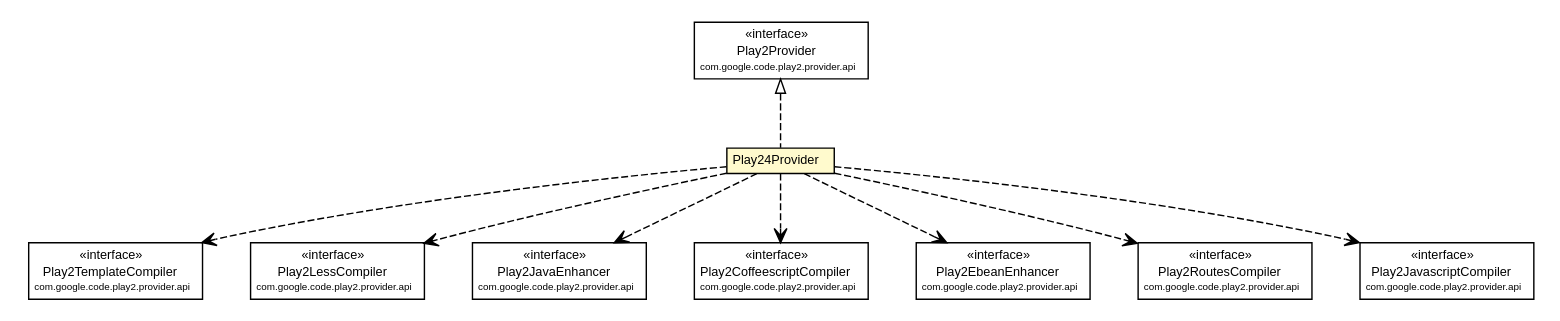
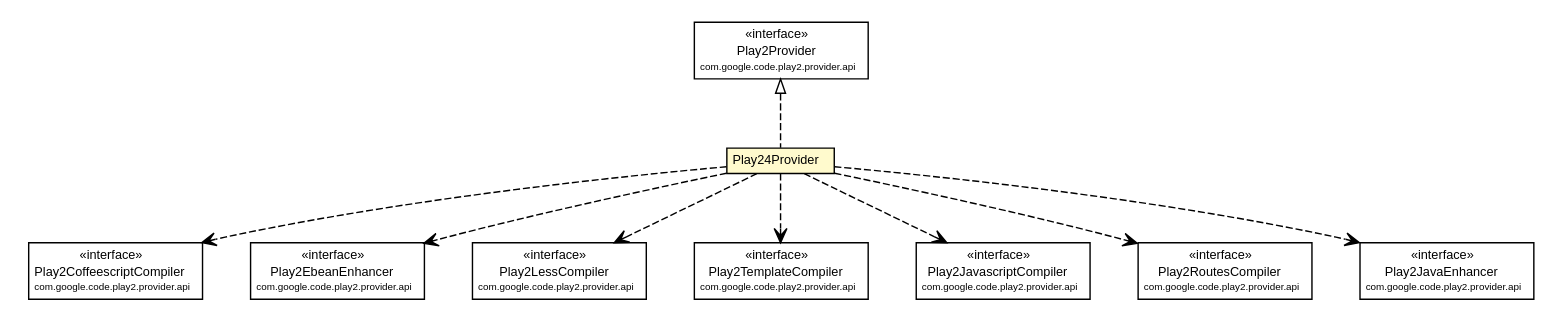
The diagram in mavensite/1.0.0-beta2-SNAPSHOT/play2-providers/play2-provider-play24/apidocs/com/google/code/play2/provider/play24/Play24Provider.dot (wouterhardeman/play2-maven-plugin), drawn with Graphviz before and after one commit. The commit also changed 240 other files, not shown here.

```diff
--- a/mavensite/1.0.0-beta2-SNAPSHOT/play2-providers/play2-provider-play24/apidocs/com/google/code/play2/provider/play24/Play24Provider.dot
+++ b/mavensite/1.0.0-beta2-SNAPSHOT/play2-providers/play2-provider-play24/apidocs/com/google/code/play2/provider/play24/Play24Provider.dot
@@ -1,98 +1,98 @@
 #!/usr/local/bin/dot
 #
 # Class diagram 
 # Generated by UMLGraph version R5_6-24-gf6e263 (http://www.umlgraph.org/)
 #
 
 digraph G {
 	edge [fontname="arial",fontsize=10,labelfontname="arial",labelfontsize=10];
 	node [fontname="arial",fontsize=10,shape=plaintext];
 	nodesep=0.25;
 	ranksep=0.5;
 	// com.google.code.play2.provider.play24.Play24Provider
 	c178 [label=<<table title="com.google.code.play2.provider.play24.Play24Provider" border="0" cellborder="1" cellspacing="0" cellpadding="2" port="p" bgcolor="lemonChiffon" href="./Play24Provider.html">
 		<tr><td><table border="0" cellspacing="0" cellpadding="1">
 <tr><td align="center" balign="center"> Play24Provider </td></tr>
 		</table></td></tr>
 		</table>>, URL="./Play24Provider.html", fontname="arial", fontcolor="black", fontsize=9.0];
 	//com.google.code.play2.provider.play24.Play24Provider implements com.google.code.play2.provider.api.Play2Provider
 	c187:p -> c178:p [dir=back,arrowtail=empty,style=dashed];
+	// com.google.code.play2.provider.play24.Play24Provider DEPEND com.google.code.play2.provider.api.Play2CoffeescriptCompiler
+	c178:p -> c188:p [taillabel="", label="", headlabel="", fontname="arial", fontcolor="black", fontsize=10.0, color="black", arrowhead=open, style=dashed];
+	// com.google.code.play2.provider.play24.Play24Provider DEPEND com.google.code.play2.provider.api.Play2EbeanEnhancer
+	c178:p -> c189:p [taillabel="", label="", headlabel="", fontname="arial", fontcolor="black", fontsize=10.0, color="black", arrowhead=open, style=dashed];
+	// com.google.code.play2.provider.play24.Play24Provider DEPEND com.google.code.play2.provider.api.Play2LessCompiler
+	c178:p -> c190:p [taillabel="", label="", headlabel="", fontname="arial", fontcolor="black", fontsize=10.0, color="black", arrowhead=open, style=dashed];
 	// com.google.code.play2.provider.play24.Play24Provider DEPEND com.google.code.play2.provider.api.Play2TemplateCompiler
-	c178:p -> c188:p [taillabel="", label="", headlabel="", fontname="arial", fontcolor="black", fontsize=10.0, color="black", arrowhead=open, style=dashed];
-	// com.google.code.play2.provider.play24.Play24Provider DEPEND com.google.code.play2.provider.api.Play2LessCompiler
-	c178:p -> c189:p [taillabel="", label="", headlabel="", fontname="arial", fontcolor="black", fontsize=10.0, color="black", arrowhead=open, style=dashed];
-	// com.google.code.play2.provider.play24.Play24Provider DEPEND com.google.code.play2.provider.api.Play2JavaEnhancer
-	c178:p -> c190:p [taillabel="", label="", headlabel="", fontname="arial", fontcolor="black", fontsize=10.0, color="black", arrowhead=open, style=dashed];
-	// com.google.code.play2.provider.play24.Play24Provider DEPEND com.google.code.play2.provider.api.Play2CoffeescriptCompiler
 	c178:p -> c191:p [taillabel="", label="", headlabel="", fontname="arial", fontcolor="black", fontsize=10.0, color="black", arrowhead=open, style=dashed];
-	// com.google.code.play2.provider.play24.Play24Provider DEPEND com.google.code.play2.provider.api.Play2EbeanEnhancer
+	// com.google.code.play2.provider.play24.Play24Provider DEPEND com.google.code.play2.provider.api.Play2JavascriptCompiler
 	c178:p -> c192:p [taillabel="", label="", headlabel="", fontname="arial", fontcolor="black", fontsize=10.0, color="black", arrowhead=open, style=dashed];
 	// com.google.code.play2.provider.play24.Play24Provider DEPEND com.google.code.play2.provider.api.Play2RoutesCompiler
 	c178:p -> c193:p [taillabel="", label="", headlabel="", fontname="arial", fontcolor="black", fontsize=10.0, color="black", arrowhead=open, style=dashed];
-	// com.google.code.play2.provider.play24.Play24Provider DEPEND com.google.code.play2.provider.api.Play2JavascriptCompiler
+	// com.google.code.play2.provider.play24.Play24Provider DEPEND com.google.code.play2.provider.api.Play2JavaEnhancer
 	c178:p -> c194:p [taillabel="", label="", headlabel="", fontname="arial", fontcolor="black", fontsize=10.0, color="black", arrowhead=open, style=dashed];
+	// com.google.code.play2.provider.api.Play2EbeanEnhancer
+	c189 [label=<<table title="com.google.code.play2.provider.api.Play2EbeanEnhancer" border="0" cellborder="1" cellspacing="0" cellpadding="2" port="p">
+		<tr><td><table border="0" cellspacing="0" cellpadding="1">
+<tr><td align="center" balign="center"> &#171;interface&#187; </td></tr>
+<tr><td align="center" balign="center"> Play2EbeanEnhancer </td></tr>
+<tr><td align="center" balign="center"><font point-size="7.0"> com.google.code.play2.provider.api </font></td></tr>
+		</table></td></tr>
+		</table>>, URL="null", fontname="arial", fontcolor="black", fontsize=9.0];
 	// com.google.code.play2.provider.api.Play2LessCompiler
-	c189 [label=<<table title="com.google.code.play2.provider.api.Play2LessCompiler" border="0" cellborder="1" cellspacing="0" cellpadding="2" port="p">
+	c190 [label=<<table title="com.google.code.play2.provider.api.Play2LessCompiler" border="0" cellborder="1" cellspacing="0" cellpadding="2" port="p">
 		<tr><td><table border="0" cellspacing="0" cellpadding="1">
 <tr><td align="center" balign="center"> &#171;interface&#187; </td></tr>
 <tr><td align="center" balign="center"> Play2LessCompiler </td></tr>
 <tr><td align="center" balign="center"><font point-size="7.0"> com.google.code.play2.provider.api </font></td></tr>
 		</table></td></tr>
 		</table>>, URL="null", fontname="arial", fontcolor="black", fontsize=9.0];
-	// com.google.code.play2.provider.api.Play2EbeanEnhancer
-	c192 [label=<<table title="com.google.code.play2.provider.api.Play2EbeanEnhancer" border="0" cellborder="1" cellspacing="0" cellpadding="2" port="p">
-		<tr><td><table border="0" cellspacing="0" cellpadding="1">
-<tr><td align="center" balign="center"> &#171;interface&#187; </td></tr>
-<tr><td align="center" balign="center"> Play2EbeanEnhancer </td></tr>
-<tr><td align="center" balign="center"><font point-size="7.0"> com.google.code.play2.provider.api </font></td></tr>
-		</table></td></tr>
-		</table>>, URL="null", fontname="arial", fontcolor="black", fontsize=9.0];
 	// com.google.code.play2.provider.api.Play2CoffeescriptCompiler
-	c191 [label=<<table title="com.google.code.play2.provider.api.Play2CoffeescriptCompiler" border="0" cellborder="1" cellspacing="0" cellpadding="2" port="p">
+	c188 [label=<<table title="com.google.code.play2.provider.api.Play2CoffeescriptCompiler" border="0" cellborder="1" cellspacing="0" cellpadding="2" port="p">
 		<tr><td><table border="0" cellspacing="0" cellpadding="1">
 <tr><td align="center" balign="center"> &#171;interface&#187; </td></tr>
 <tr><td align="center" balign="center"> Play2CoffeescriptCompiler </td></tr>
 <tr><td align="center" balign="center"><font point-size="7.0"> com.google.code.play2.provider.api </font></td></tr>
 		</table></td></tr>
 		</table>>, URL="null", fontname="arial", fontcolor="black", fontsize=9.0];
 	// com.google.code.play2.provider.api.Play2JavaEnhancer
-	c190 [label=<<table title="com.google.code.play2.provider.api.Play2JavaEnhancer" border="0" cellborder="1" cellspacing="0" cellpadding="2" port="p">
+	c194 [label=<<table title="com.google.code.play2.provider.api.Play2JavaEnhancer" border="0" cellborder="1" cellspacing="0" cellpadding="2" port="p">
 		<tr><td><table border="0" cellspacing="0" cellpadding="1">
 <tr><td align="center" balign="center"> &#171;interface&#187; </td></tr>
 <tr><td align="center" balign="center"> Play2JavaEnhancer </td></tr>
 <tr><td align="center" balign="center"><font point-size="7.0"> com.google.code.play2.provider.api </font></td></tr>
 		</table></td></tr>
 		</table>>, URL="null", fontname="arial", fontcolor="black", fontsize=9.0];
 	// com.google.code.play2.provider.api.Play2RoutesCompiler
 	c193 [label=<<table title="com.google.code.play2.provider.api.Play2RoutesCompiler" border="0" cellborder="1" cellspacing="0" cellpadding="2" port="p">
 		<tr><td><table border="0" cellspacing="0" cellpadding="1">
 <tr><td align="center" balign="center"> &#171;interface&#187; </td></tr>
 <tr><td align="center" balign="center"> Play2RoutesCompiler </td></tr>
 <tr><td align="center" balign="center"><font point-size="7.0"> com.google.code.play2.provider.api </font></td></tr>
 		</table></td></tr>
 		</table>>, URL="null", fontname="arial", fontcolor="black", fontsize=9.0];
 	// com.google.code.play2.provider.api.Play2JavascriptCompiler
-	c194 [label=<<table title="com.google.code.play2.provider.api.Play2JavascriptCompiler" border="0" cellborder="1" cellspacing="0" cellpadding="2" port="p">
+	c192 [label=<<table title="com.google.code.play2.provider.api.Play2JavascriptCompiler" border="0" cellborder="1" cellspacing="0" cellpadding="2" port="p">
 		<tr><td><table border="0" cellspacing="0" cellpadding="1">
 <tr><td align="center" balign="center"> &#171;interface&#187; </td></tr>
 <tr><td align="center" balign="center"> Play2JavascriptCompiler </td></tr>
 <tr><td align="center" balign="center"><font point-size="7.0"> com.google.code.play2.provider.api </font></td></tr>
 		</table></td></tr>
 		</table>>, URL="null", fontname="arial", fontcolor="black", fontsize=9.0];
 	// com.google.code.play2.provider.api.Play2Provider
 	c187 [label=<<table title="com.google.code.play2.provider.api.Play2Provider" border="0" cellborder="1" cellspacing="0" cellpadding="2" port="p">
 		<tr><td><table border="0" cellspacing="0" cellpadding="1">
 <tr><td align="center" balign="center"> &#171;interface&#187; </td></tr>
 <tr><td align="center" balign="center"> Play2Provider </td></tr>
 <tr><td align="center" balign="center"><font point-size="7.0"> com.google.code.play2.provider.api </font></td></tr>
 		</table></td></tr>
 		</table>>, URL="null", fontname="arial", fontcolor="black", fontsize=9.0];
 	// com.google.code.play2.provider.api.Play2TemplateCompiler
-	c188 [label=<<table title="com.google.code.play2.provider.api.Play2TemplateCompiler" border="0" cellborder="1" cellspacing="0" cellpadding="2" port="p">
+	c191 [label=<<table title="com.google.code.play2.provider.api.Play2TemplateCompiler" border="0" cellborder="1" cellspacing="0" cellpadding="2" port="p">
 		<tr><td><table border="0" cellspacing="0" cellpadding="1">
 <tr><td align="center" balign="center"> &#171;interface&#187; </td></tr>
 <tr><td align="center" balign="center"> Play2TemplateCompiler </td></tr>
 <tr><td align="center" balign="center"><font point-size="7.0"> com.google.code.play2.provider.api </font></td></tr>
 		</table></td></tr>
 		</table>>, URL="null", fontname="arial", fontcolor="black", fontsize=9.0];
 }
```
